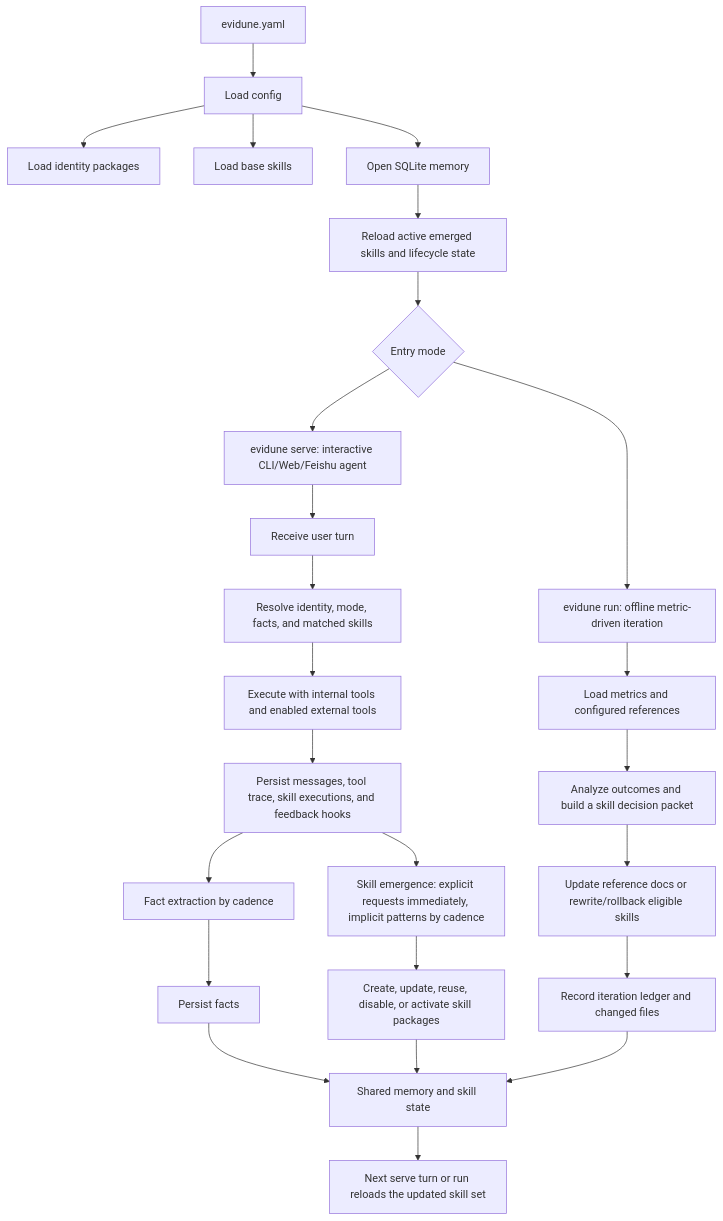
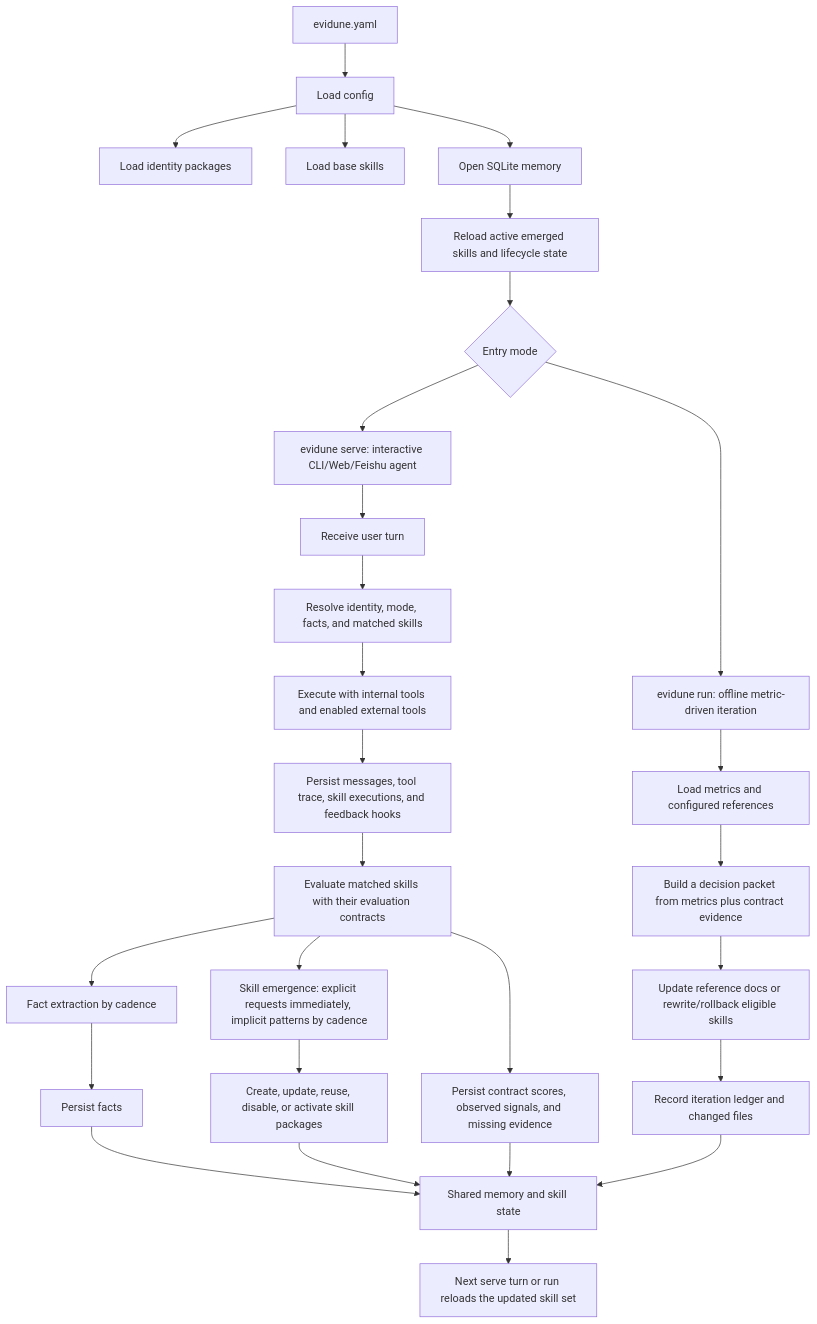
One commit to Evidune/Evidune changed the diagram in README.md. Above: the diagram before and after it, drawn with Mermaid. The commit also changed other lines of this file and 32 other files, not shown here.

Commit message:
feat(skills): add evaluation contracts

````diff
--- a/README.md
+++ b/README.md
@@ -96,32 +96,35 @@
 ```mermaid
 flowchart TD
     A["evidune.yaml"] --> B["Load config"]
     B --> C["Load identity packages"]
     B --> D["Load base skills"]
     B --> E["Open SQLite memory"]
     E --> F["Reload active emerged skills and lifecycle state"]
 
     F --> G{"Entry mode"}
 
     G --> H["evidune serve: interactive CLI/Web/Feishu agent"]
     H --> I["Receive user turn"]
     I --> J["Resolve identity, mode, facts, and matched skills"]
     J --> K["Execute with internal tools and enabled external tools"]
     K --> L["Persist messages, tool trace, skill executions, and feedback hooks"]
-    L --> M["Fact extraction by cadence"]
-    L --> N["Skill emergence: explicit requests immediately, implicit patterns by cadence"]
+    L --> X["Evaluate matched skills with their evaluation contracts"]
+    X --> M["Fact extraction by cadence"]
+    X --> N["Skill emergence: explicit requests immediately, implicit patterns by cadence"]
 
     G --> O["evidune run: offline metric-driven iteration"]
     O --> P["Load metrics and configured references"]
-    P --> Q["Analyze outcomes and build a skill decision packet"]
+    P --> Q["Build a decision packet from metrics plus contract evidence"]
     Q --> R["Update reference docs or rewrite/rollback eligible skills"]
 
     M --> S["Persist facts"]
     N --> T["Create, update, reuse, disable, or activate skill packages"]
+    X --> Y["Persist contract scores, observed signals, and missing evidence"]
     R --> U["Record iteration ledger and changed files"]
 
     S --> V["Shared memory and skill state"]
     T --> V
+    Y --> V
     U --> V
     V --> W["Next serve turn or run reloads the updated skill set"]
 ```
````
